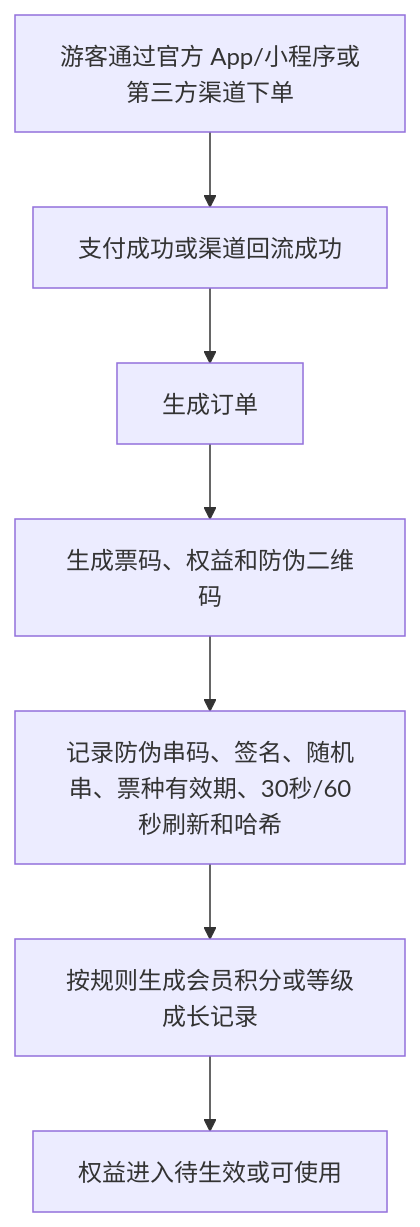
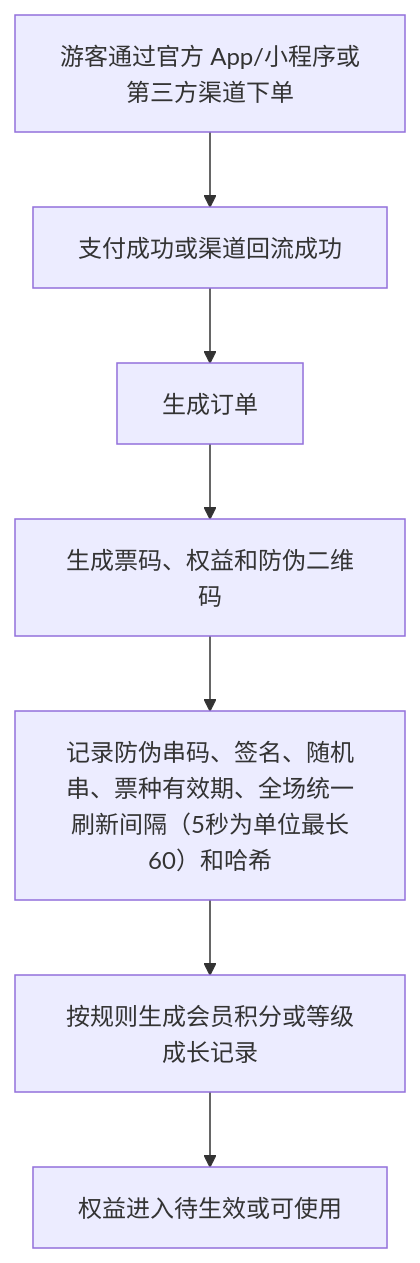
Before and after one commit to jxh1979/mall: the second of 5 diagrams in docs/ticketing-entitlement-checkin-product-prd-v0.1.md, drawn with Mermaid. The commit also changed other lines of this file and 19 other files, not shown here.

````diff
--- a/docs/ticketing-entitlement-checkin-product-prd-v0.1.md
+++ b/docs/ticketing-entitlement-checkin-product-prd-v0.1.md
@@ -247,9 +247,9 @@
 ```mermaid
 flowchart TD
   A["游客通过官方 App/小程序或第三方渠道下单"] --> B["支付成功或渠道回流成功"]
   B --> C["生成订单"]
   C --> D["生成票码、权益和防伪二维码"]
-  D --> D1["记录防伪串码、签名、随机串、票种有效期、30秒/60秒刷新和哈希"]
+  D --> D1["记录防伪串码、签名、随机串、票种有效期、全场统一刷新间隔（5秒为单位最长60）和哈希"]
   D1 --> E["按规则生成会员积分或等级成长记录"]
   E --> F["权益进入待生效或可使用"]
 ```
````
